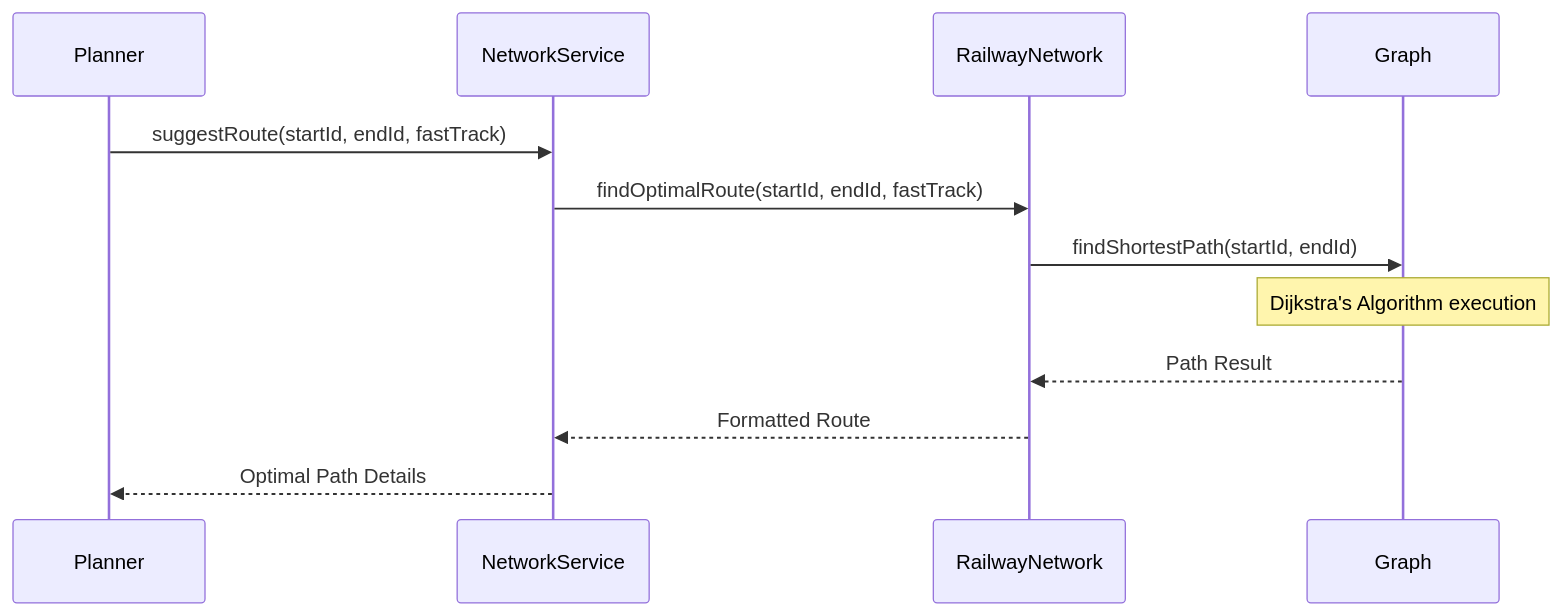
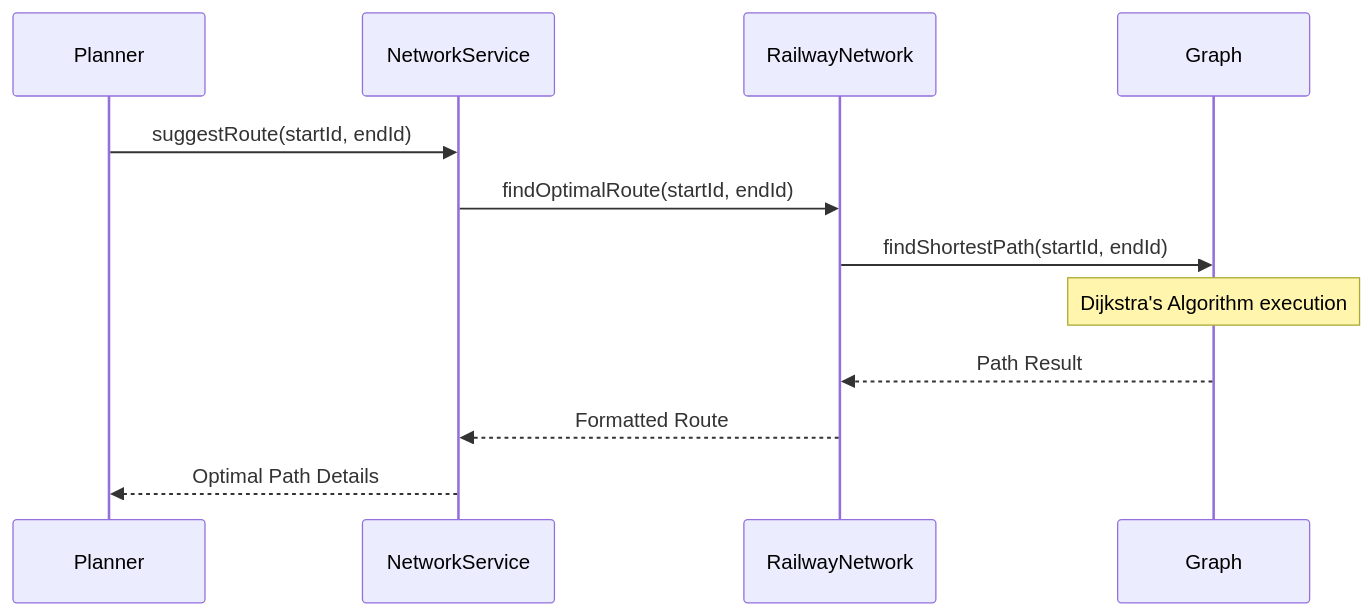
Before and after one commit to fahad-accordion-23/ds-project-iron-nexus: the fourth of 5 diagrams in Documentation/sequence_diagrams_module3.md, drawn with Mermaid. The commit also changed other lines of this file and 6 other files, not shown here.

````diff
--- a/Documentation/sequence_diagrams_module3.md
+++ b/Documentation/sequence_diagrams_module3.md
@@ -77,15 +77,15 @@
 ```mermaid
 sequenceDiagram
     participant Planner
     participant NS as NetworkService
     participant RN as RailwayNetwork
     participant G as Graph
 
-    Planner->>NS: suggestRoute(startId, endId, fastTrack)
-    NS->>RN: findOptimalRoute(startId, endId, fastTrack)
+    Planner->>NS: suggestRoute(startId, endId)
+    NS->>RN: findOptimalRoute(startId, endId)
     RN->>G: findShortestPath(startId, endId)
     Note over G: Dijkstra's Algorithm execution
     G-->>RN: Path Result
     RN-->>NS: Formatted Route
     NS-->>Planner: Optimal Path Details
 ```
````
